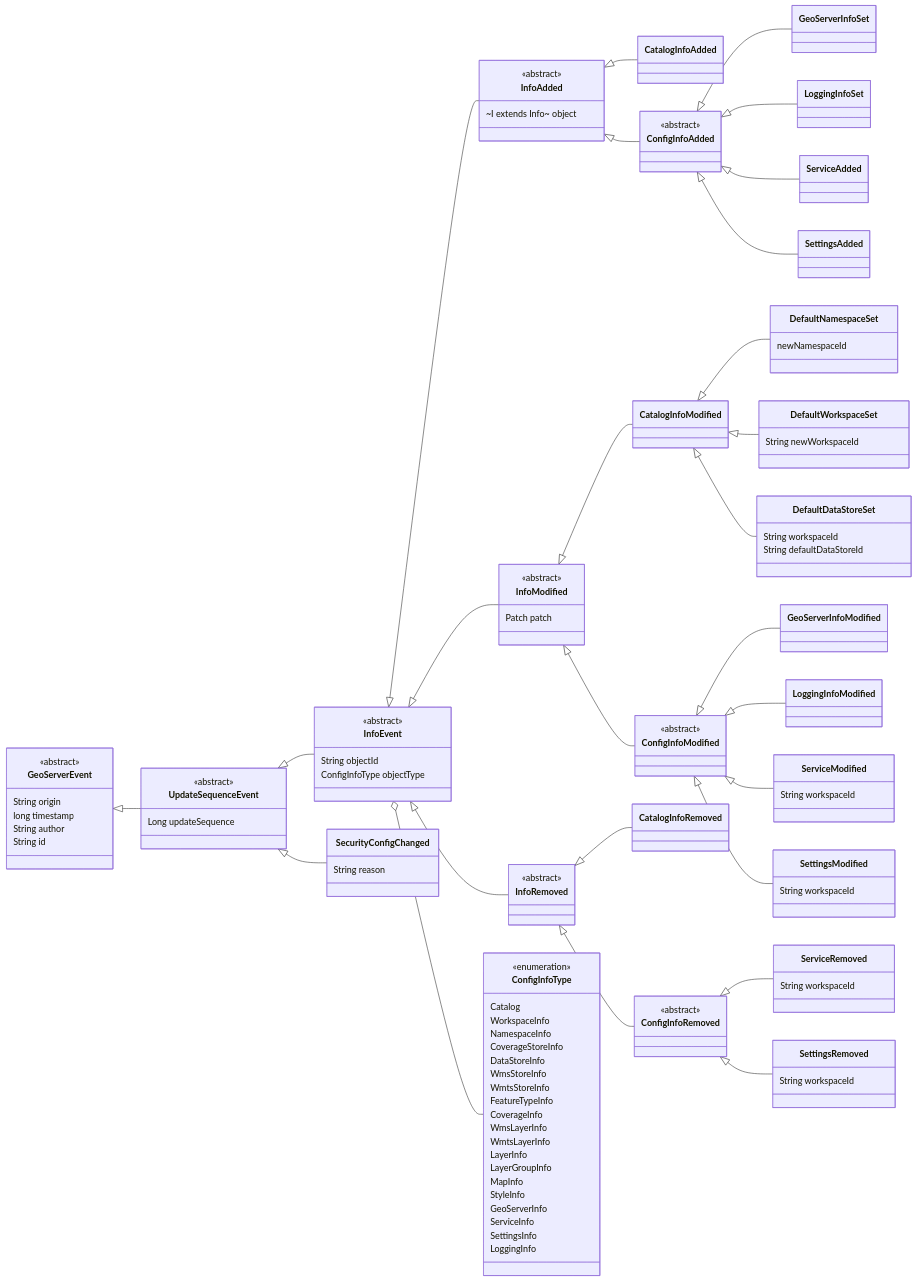
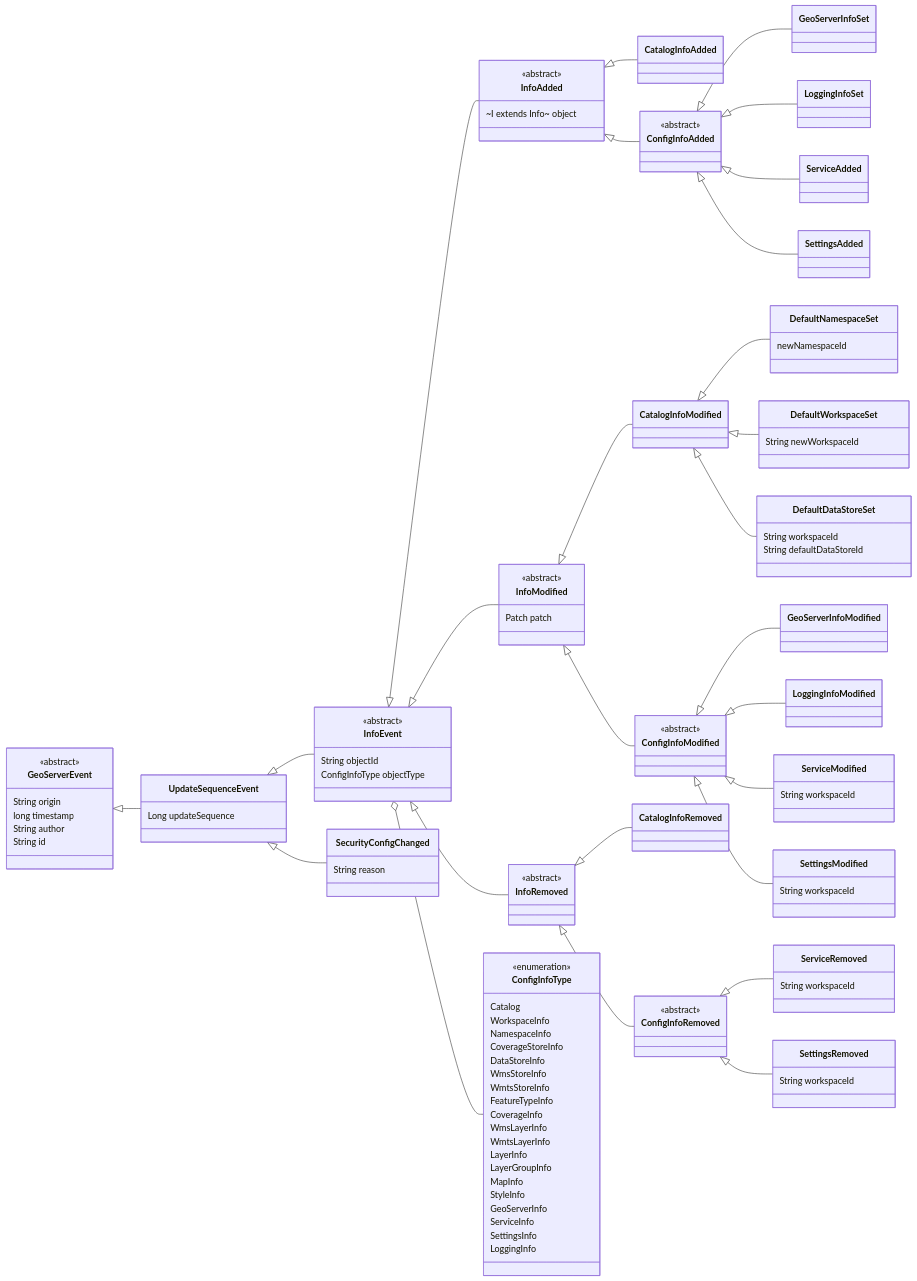
The diagram in src/catalog/events/README.md (geoserver/geoserver-cloud), drawn with Mermaid before and after one commit. The commit also changed 39 other files, not shown here.

First line of the commit message:
Make UpdateSequence a concrete event and add rest endpoints to query and increment it

```diff
--- a/src/catalog/events/README.md
+++ b/src/catalog/events/README.md
@@ -59,7 +59,6 @@
         String id
     }
     class UpdateSequenceEvent{
-        <<abstract>>
         Long updateSequence
     }
     class InfoEvent{
```
